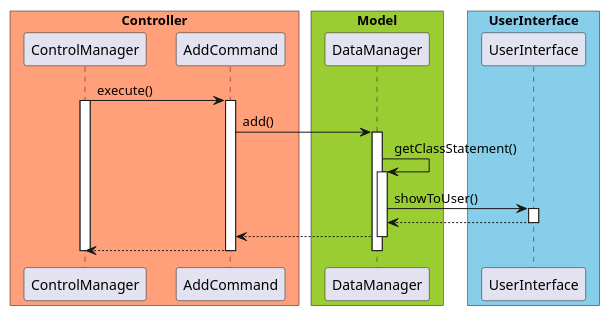
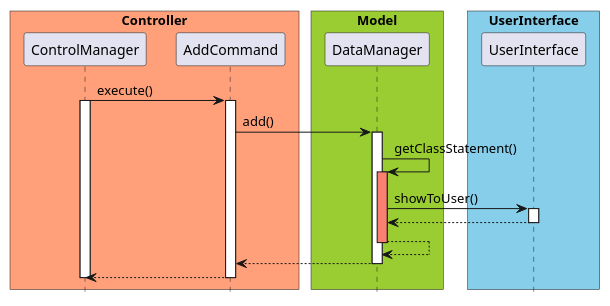
Before and after one commit to untitle4/tp: the diagram in docs/plantuml/Add.puml, drawn with PlantUML. The commit also changed 39 other files, not shown here.

Commit message:
Update developer guide diagram

```diff
--- a/docs/plantuml/Add.puml
+++ b/docs/plantuml/Add.puml
@@ -1,38 +1,40 @@
 @startuml
 
 skinparam ParticipantPadding 10
 skinparam BoxPadding 5
+hide footbox
 
 box "Controller" #LightSalmon
 participant ControlManager
 participant AddCommand
 end box
 
 box "Model" #YellowGreen
 participant DataManager
 end box
 
 box "UserInterface" #skyblue
 participant UserInterface
 end box
 
 ControlManager -> AddCommand: execute()
 activate ControlManager
 
 activate AddCommand
 AddCommand -> DataManager: add()
 activate DataManager
 DataManager -> DataManager: getClassStatement()
-activate DataManager
+activate DataManager #salmon
 DataManager -> UserInterface: showToUser()
 activate UserInterface
 UserInterface --> DataManager
 deactivate UserInterface
+DataManager --> DataManager
+deactivate DataManager
 DataManager --> AddCommand
 deactivate DataManager
 AddCommand --> ControlManager
 deactivate AddCommand
-deactivate DataManager
 
 deactivate ControlManager
 @enduml
```
